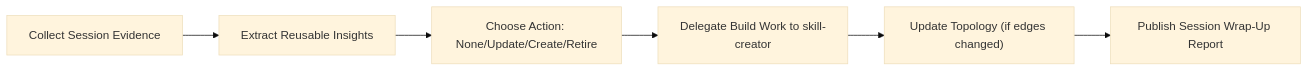
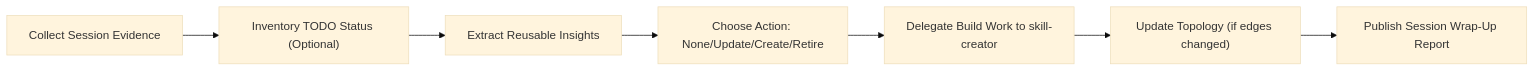
One commit to tinker495/codex-assets changed the diagram in skills/session-wrap-up/SKILL.md. Above: the diagram before and after it, drawn with Mermaid (base theme). The commit also changed other lines of this file and 40 other files, not shown here.

````diff
--- a/skills/session-wrap-up/SKILL.md
+++ b/skills/session-wrap-up/SKILL.md
@@ -12,8 +12,9 @@
 ```mermaid
 flowchart LR
-  A["Collect Session Evidence"] --> B["Extract Reusable Insights"]
+  A["Collect Session Evidence"] --> T["Inventory TODO Status (Optional)"]
+  T --> B["Extract Reusable Insights"]
   B --> C["Choose Action: None/Update/Create/Retire"]
   C --> D["Delegate Build Work to skill-creator"]
   D --> E["Update Topology (if edges changed)"]
   E --> F["Publish Session Wrap-Up Report"]
 ```
````
